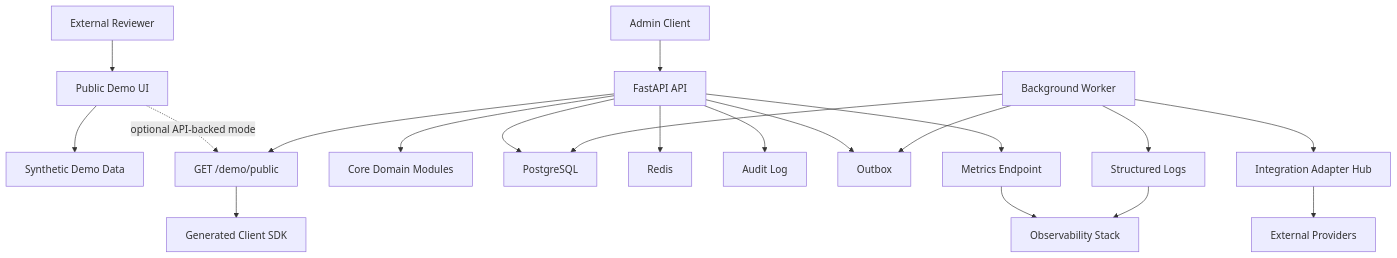
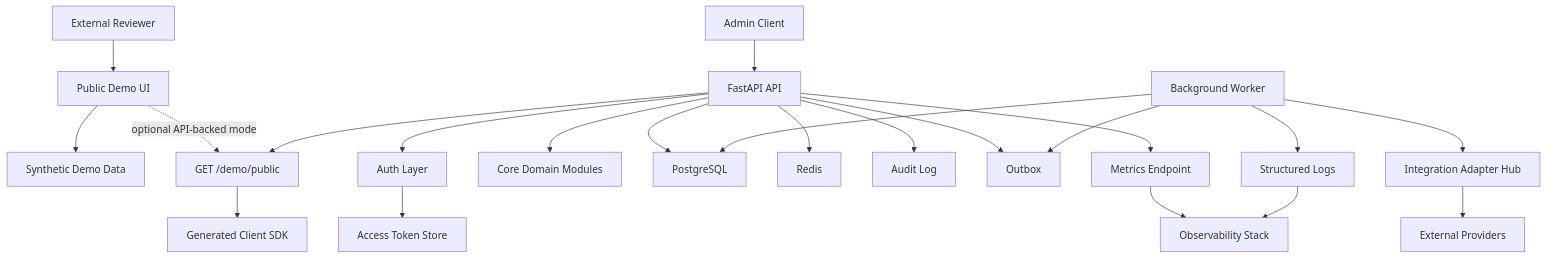
One commit to AlexGerlitz/drivedesk-core changed the first of 7 diagrams in docs/public/SYSTEM_DESIGN.md. Above: the diagram before and after it, drawn with Mermaid. The commit also changed other lines of this file and 21 other files, not shown here.

Commit message:
Add Core auth token foundation

````diff
--- a/docs/public/SYSTEM_DESIGN.md
+++ b/docs/public/SYSTEM_DESIGN.md
@@ -29,25 +30,27 @@
 ```mermaid
 flowchart TB
   Reviewer["External Reviewer"] --> PublicDemo["Public Demo UI"]
   PublicDemo --> StaticData["Synthetic Demo Data"]
   PublicDemo -. "optional API-backed mode" .-> DemoAPI["GET /demo/public"]
 
   AdminClient["Admin Client"] --> API["FastAPI API"]
+  API --> Auth["Auth Layer"]
+  Auth --> TokenStore["Access Token Store"]
   API --> DemoAPI
   API --> Domain["Core Domain Modules"]
   API --> Database["PostgreSQL"]
   API --> Cache["Redis"]
   API --> Audit["Audit Log"]
   API --> Outbox["Outbox"]
 
   Worker["Background Worker"] --> Outbox
   Worker --> Database
   Worker --> AdapterHub["Integration Adapter Hub"]
   AdapterHub --> Providers["External Providers"]
 
   API --> Metrics["Metrics Endpoint"]
   DemoAPI --> SDK["Generated Client SDK"]
   Worker --> Logs["Structured Logs"]
   Metrics --> Observability["Observability Stack"]
   Logs --> Observability
 ```
````
